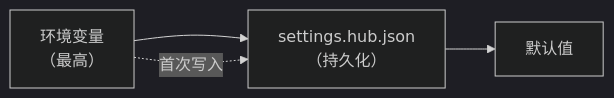
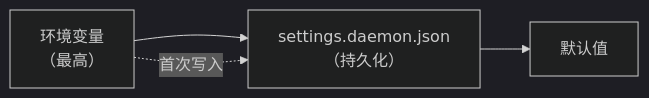
Before and after one commit to ModuBit/mobi: the second of 6 diagrams in docs/architecture/daemon/config/README.md, drawn with Mermaid (dark theme). The commit also changed other lines of this file and 86 other files, not shown here.

````diff
--- a/docs/architecture/daemon/config/README.md
+++ b/docs/architecture/daemon/config/README.md
@@ -43,5 +43,5 @@
 ```mermaid
 flowchart LR
-    ENV["环境变量<br/>（最高）"] --> File["settings.hub.json<br/>（持久化）"] --> Default["默认值"]
+    ENV["环境变量<br/>（最高）"] --> File["settings.daemon.json<br/>（持久化）"] --> Default["默认值"]
     ENV -.->|"首次写入"| File
 ```
````
